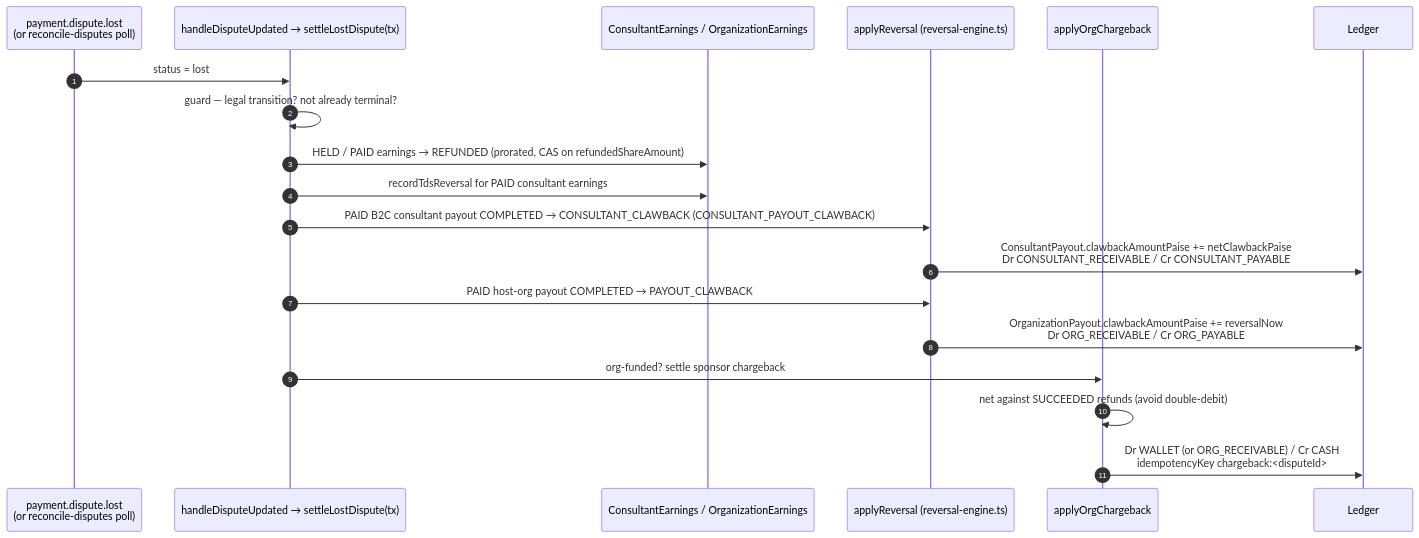
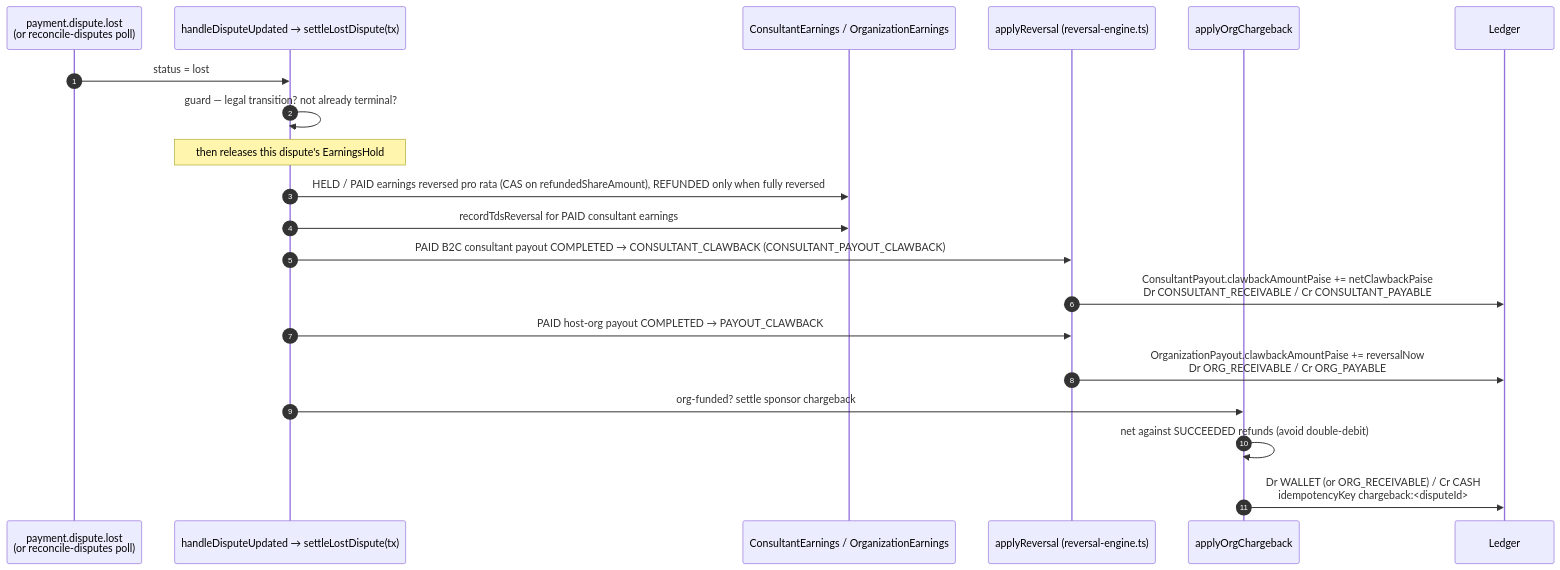
The second of 2 diagrams in docs/enterprise/10-money-and-ledger/11-disputes.md (Practitionist/familiarise_web), drawn with Mermaid before and after one commit. The commit also changed other lines of this file and 34 other files, not shown here.

````diff
--- a/docs/enterprise/10-money-and-ledger/11-disputes.md
+++ b/docs/enterprise/10-money-and-ledger/11-disputes.md
@@ -105,22 +105,23 @@
 ```mermaid
 sequenceDiagram
     autonumber
     participant GW as payment.dispute.lost<br/>(or reconcile-disputes poll)
     participant H as handleDisputeUpdated → settleLostDispute(tx)
     participant E as ConsultantEarnings / OrganizationEarnings
     participant RE as applyReversal (reversal-engine.ts)
     participant Org as applyOrgChargeback
     participant L as Ledger
 
     GW->>H: status = lost
     H->>H: guard — legal transition? not already terminal?
-    H->>E: HELD / PAID earnings → REFUNDED (prorated, CAS on refundedShareAmount)
+    Note over H: then releases this dispute's EarningsHold
+    H->>E: HELD / PAID earnings reversed pro rata (CAS on refundedShareAmount), REFUNDED only when fully reversed
     H->>E: recordTdsReversal for PAID consultant earnings
     H->>RE: PAID B2C consultant payout COMPLETED → CONSULTANT_CLAWBACK (CONSULTANT_PAYOUT_CLAWBACK)
     RE->>L: ConsultantPayout.clawbackAmountPaise += netClawbackPaise<br/>Dr CONSULTANT_RECEIVABLE / Cr CONSULTANT_PAYABLE
     H->>RE: PAID host-org payout COMPLETED → PAYOUT_CLAWBACK
     RE->>L: OrganizationPayout.clawbackAmountPaise += reversalNow<br/>Dr ORG_RECEIVABLE / Cr ORG_PAYABLE
     H->>Org: org-funded? settle sponsor chargeback
     Org->>Org: net against SUCCEEDED refunds (avoid double-debit)
     Org->>L: Dr WALLET (or ORG_RECEIVABLE) / Cr CASH<br/>idempotencyKey chargeback:<disputeId>
 ```
````
